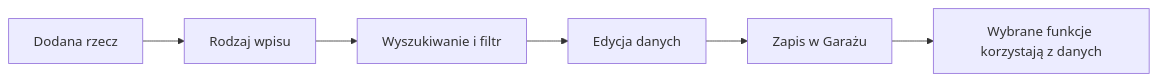
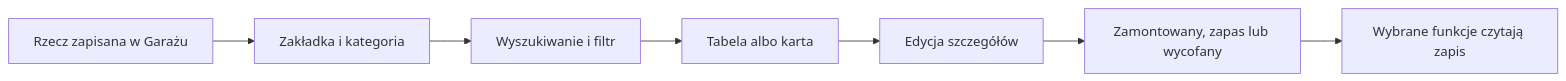
One commit to QbotMS/QbotQ changed the diagram in docs/wiki/garaz/sprzet.md. Above: the diagram before and after it, drawn with Mermaid. The commit also changed other lines of this file and 153 other files, not shown here.

````diff
--- a/docs/wiki/garaz/sprzet.md
+++ b/docs/wiki/garaz/sprzet.md
@@ -40,8 +44,9 @@
 ```mermaid
 flowchart LR
-  Rzecz[Dodana rzecz] --> Kategoria[Rodzaj wpisu]
-  Kategoria --> Tabela[Wyszukiwanie i filtr]
-  Tabela --> Edycja[Edycja danych]
-  Edycja --> Zapis[Zapis w Garażu]
-  Zapis --> Rekomendacja[Wybrane funkcje korzystają z danych]
+  Wpis[Rzecz zapisana w Garażu] --> Rodzaj[Zakładka i kategoria]
+  Rodzaj --> Szukanie[Wyszukiwanie i filtr]
+  Szukanie --> Tabela[Tabela albo karta]
+  Tabela --> Edycja[Edycja szczegółów]
+  Edycja --> Status[Zamontowany, zapas lub wycofany]
+  Status --> Inne[Wybrane funkcje czytają zapis]
 ```
````
